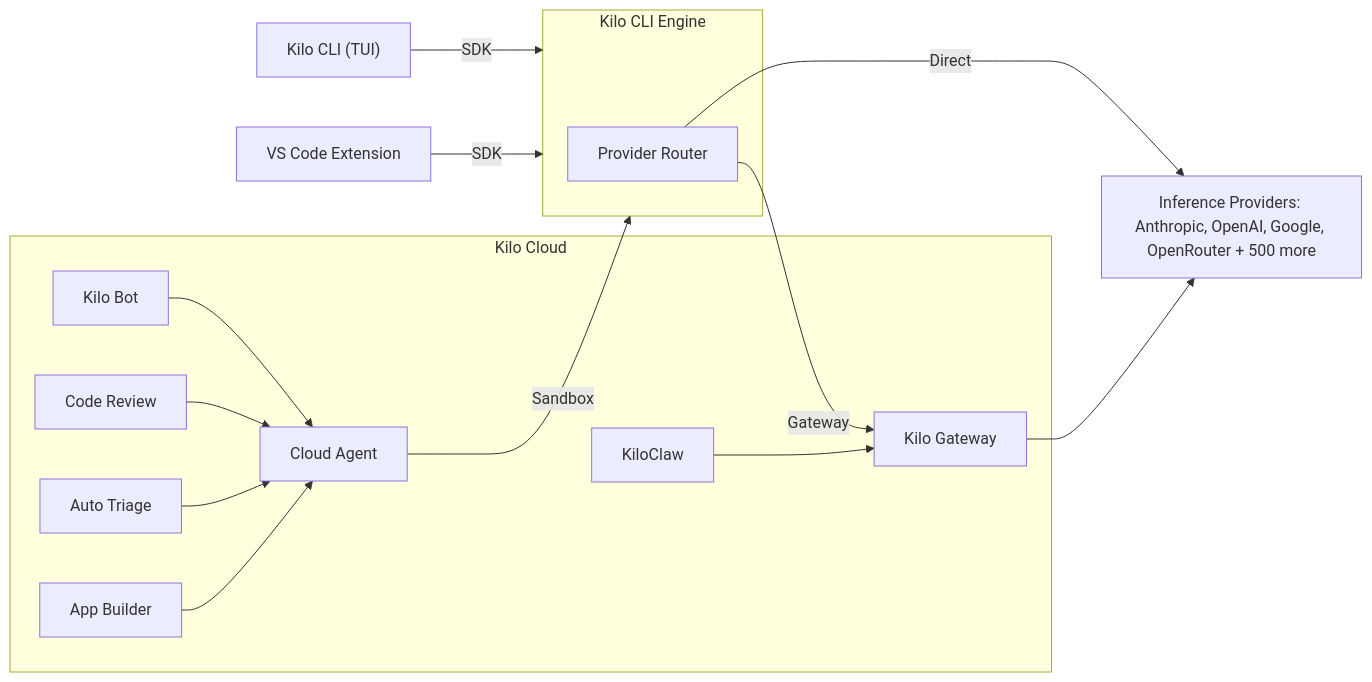
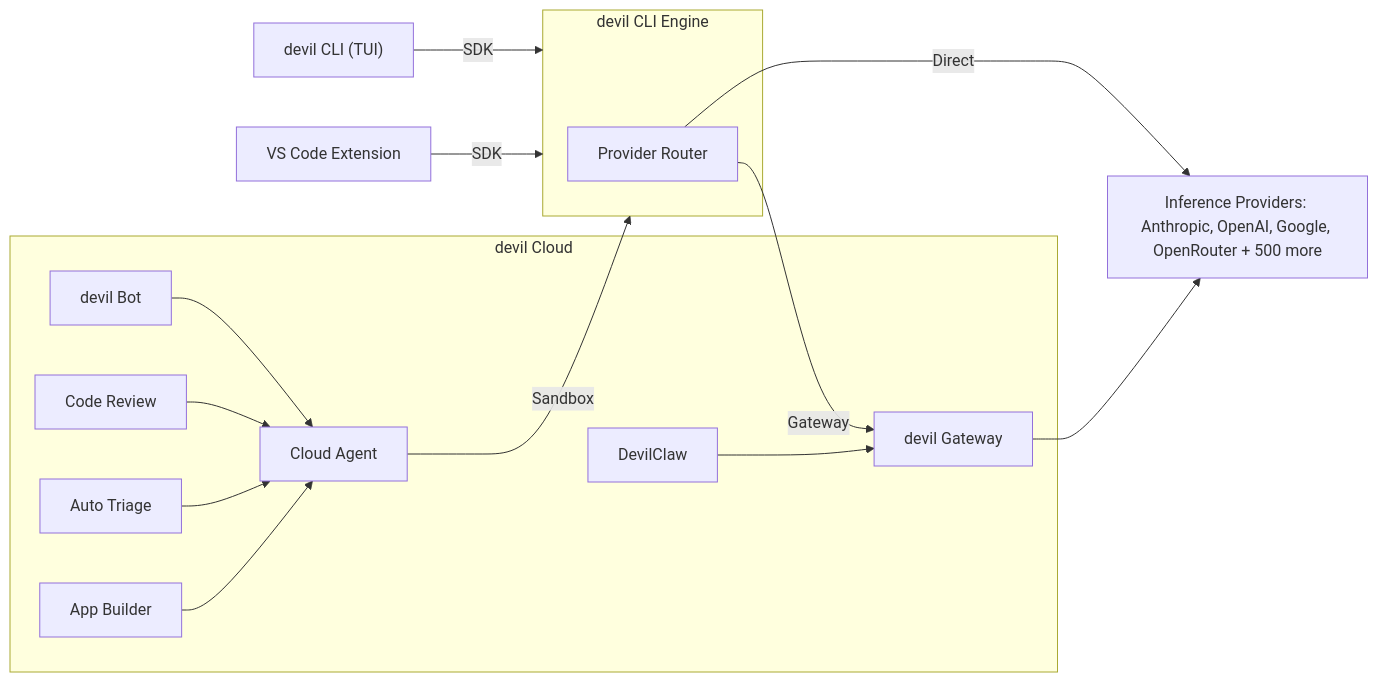
Before and after one commit to Kilo-Org/kilocode: the diagram in packages/devil-docs/pages/contributing/architecture/index.md, drawn with Mermaid. The commit also changed other lines of this file and 1080 other files, not shown here.

````diff
--- a/packages/devil-docs/pages/contributing/architecture/index.md
+++ b/packages/devil-docs/pages/contributing/architecture/index.md
@@ -14,35 +14,35 @@
 ```mermaid
 graph LR
-  tui["Kilo CLI (TUI)"]
+  tui["devil CLI (TUI)"]
   vscode["VS Code Extension"]
 
-  subgraph cli ["Kilo CLI Engine"]
+  subgraph cli ["devil CLI Engine"]
     provider["Provider Router"]
   end
 
-  subgraph cloud ["Kilo Cloud"]
-    gateway["Kilo Gateway"]
+  subgraph cloud ["devil Cloud"]
+    gateway["devil Gateway"]
     cloudagent["Cloud Agent"]
-    bot["Kilo Bot"]
-    claw["KiloClaw"]
+    bot["devil Bot"]
+    claw["DevilClaw"]
     review["Code Review"]
     triage["Auto Triage"]
     appbuilder["App Builder"]
   end
 
   providers["Inference Providers: Anthropic, OpenAI, Google, OpenRouter + 500 more"]
 
   tui -->|SDK| cli
   vscode -->|SDK| cli
   cloudagent -->|Sandbox| cli
 
   provider -- Direct --> providers
   provider -- Gateway --> gateway
   gateway --> providers
   claw --> gateway
 
   bot --> cloudagent
   review --> cloudagent
   triage --> cloudagent
   appbuilder --> cloudagent
 ```
````
